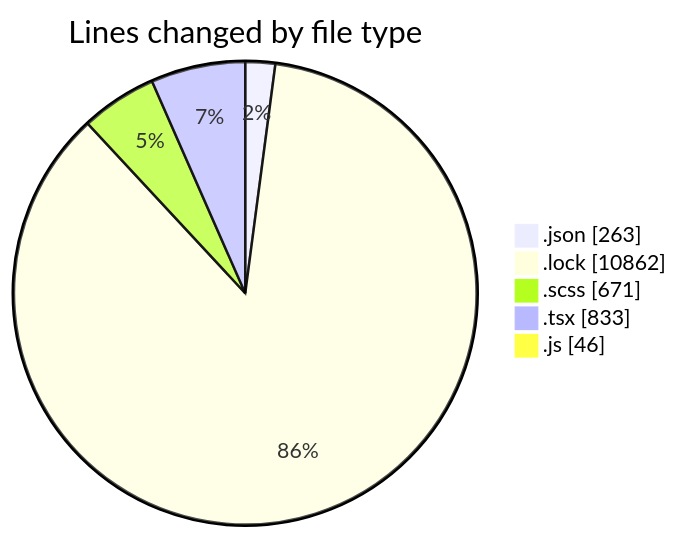
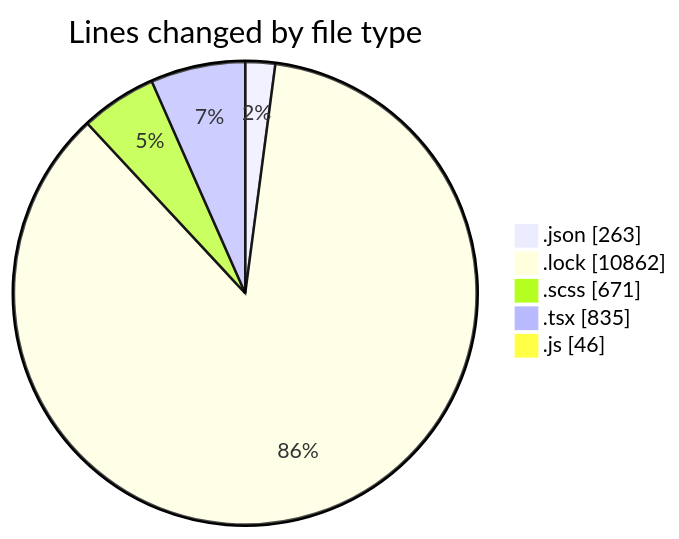
The first of 2 diagrams in 2026-05-18/cda/README.md (momahboobian/code-tracking), drawn with Mermaid before and after one commit. The commit also changed other lines of this file and 1 other file, not shown here.

````diff
--- a/2026-05-18/cda/README.md
+++ b/2026-05-18/cda/README.md
@@ -32,9 +32,9 @@
 ```mermaid
 pie showData
 title Lines changed by file type
 ".json" : 263
 ".lock" : 10862
 ".scss" : 671
-".tsx" : 833
+".tsx" : 835
 ".js" : 46
 ```
````
